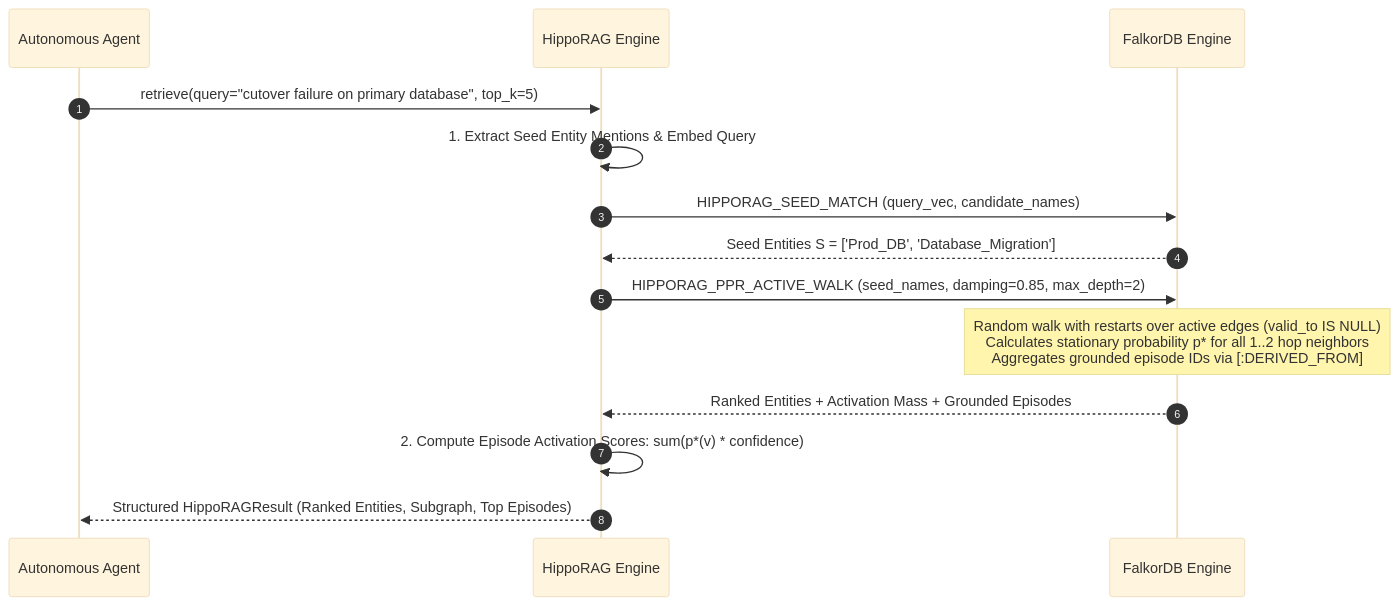
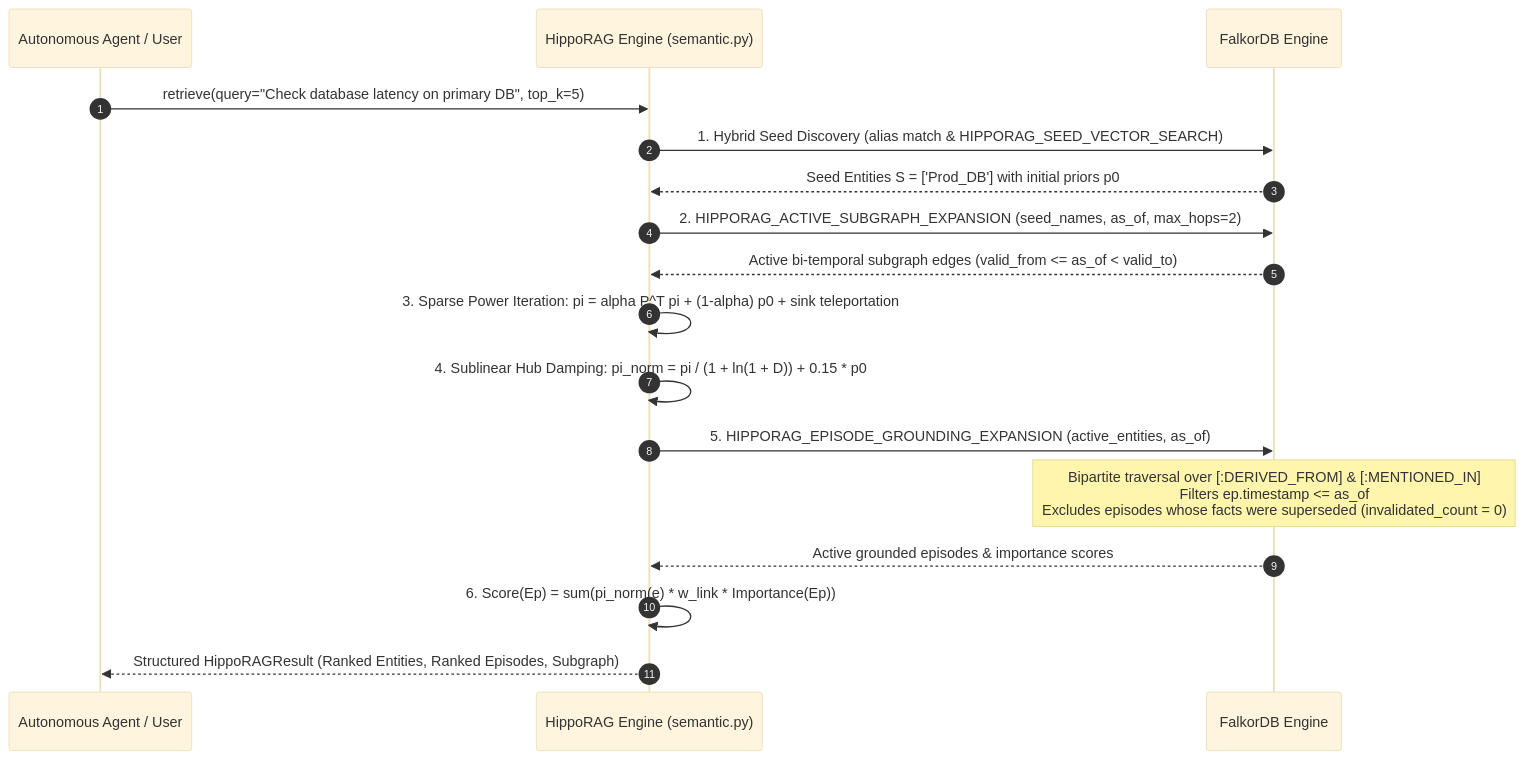
Before and after one commit to RitwikGupta-0501/agentic-memory: the seventh of 8 diagrams in docs/SEMANTIC_MEMORY_PLAN.md, drawn with Mermaid (base theme). The commit also changed other lines of this file, not shown here.

Commit message:
docs: record Semantic Memory Phase 4 completion in master tracking plan

````diff
--- a/docs/SEMANTIC_MEMORY_PLAN.md
+++ b/docs/SEMANTIC_MEMORY_PLAN.md
@@ -675,17 +677,20 @@
 ```mermaid
 sequenceDiagram
     autonumber
-    participant Agent as Autonomous Agent
-    participant Hippo as HippoRAG Engine
+    participant Agent as Autonomous Agent / User
+    participant Hippo as HippoRAG Engine (semantic.py)
     participant Falkor as FalkorDB Engine
 
-    Agent->>Hippo: retrieve(query="cutover failure on primary database", top_k=5)
-    Hippo->>Hippo: 1. Extract Seed Entity Mentions & Embed Query
-    Hippo->>Falkor: HIPPORAG_SEED_MATCH (query_vec, candidate_names)
-    Falkor-->>Hippo: Seed Entities S = ['Prod_DB', 'Database_Migration']
-    Hippo->>Falkor: HIPPORAG_PPR_ACTIVE_WALK (seed_names, damping=0.85, max_depth=2)
-    Note over Falkor: Random walk with restarts over active edges (valid_to IS NULL)<br/>Calculates stationary probability p* for all 1..2 hop neighbors<br/>Aggregates grounded episode IDs via [:DERIVED_FROM]
-    Falkor-->>Hippo: Ranked Entities + Activation Mass + Grounded Episodes
-    Hippo->>Hippo: 2. Compute Episode Activation Scores: sum(p*(v) * confidence)
-    Hippo-->>Agent: Structured HippoRAGResult (Ranked Entities, Subgraph, Top Episodes)
+    Agent->>Hippo: retrieve(query="Check database latency on primary DB", top_k=5)
+    Hippo->>Falkor: 1. Hybrid Seed Discovery (alias match & HIPPORAG_SEED_VECTOR_SEARCH)
+    Falkor-->>Hippo: Seed Entities S = ['Prod_DB'] with initial priors p0
+    Hippo->>Falkor: 2. HIPPORAG_ACTIVE_SUBGRAPH_EXPANSION (seed_names, as_of, max_hops=2)
+    Falkor-->>Hippo: Active bi-temporal subgraph edges (valid_from <= as_of < valid_to)
+    Hippo->>Hippo: 3. Sparse Power Iteration: pi = alpha P^T pi + (1-alpha) p0 + sink teleportation
+    Hippo->>Hippo: 4. Sublinear Hub Damping: pi_norm = pi / (1 + ln(1 + D)) + 0.15 * p0
+    Hippo->>Falkor: 5. HIPPORAG_EPISODE_GROUNDING_EXPANSION (active_entities, as_of)
+    Note over Falkor: Bipartite traversal over [:DERIVED_FROM] & [:MENTIONED_IN]<br/>Filters ep.timestamp <= as_of<br/>Excludes episodes whose facts were superseded (invalidated_count = 0)
+    Falkor-->>Hippo: Active grounded episodes & importance scores
+    Hippo->>Hippo: 6. Score(Ep) = sum(pi_norm(e) * w_link * Importance(Ep))
+    Hippo-->>Agent: Structured HippoRAGResult (Ranked Entities, Ranked Episodes, Subgraph)
 ```
````
